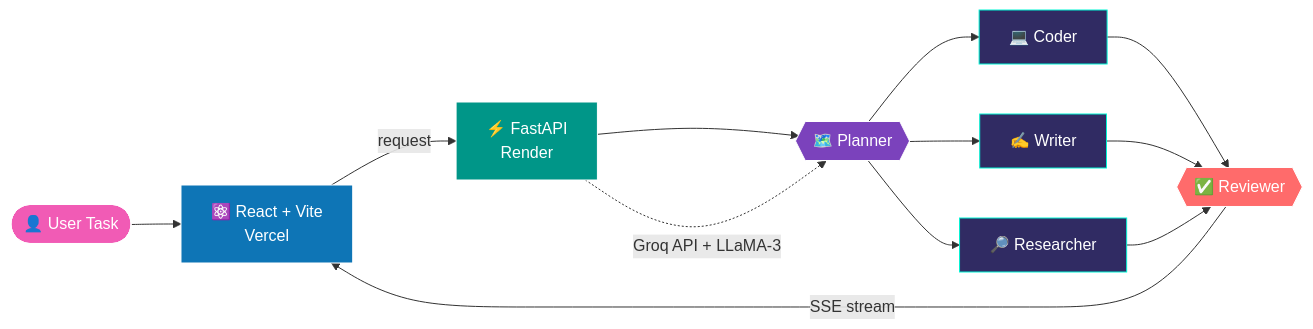
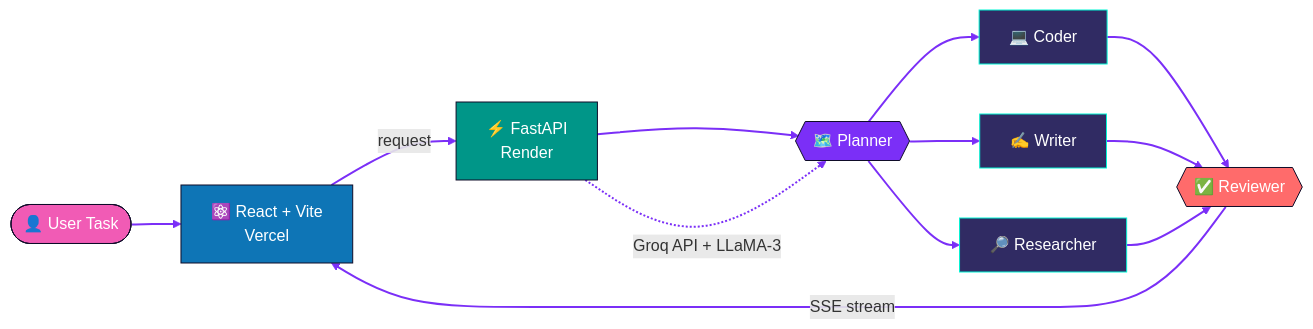
Before and after one commit to prasanth1218/prasanth1218: the first of 4 diagrams in README.md, drawn with Mermaid. The commit also changed other lines of this file, not shown here.

````diff
--- a/README.md
+++ b/README.md
@@ -66,23 +53,24 @@
 ```mermaid
 flowchart LR
     U([👤 User Task]) --> F[⚛️ React + Vite<br/>Vercel]
     F -->|request| B[⚡ FastAPI<br/>Render]
     B --> P{{🗺️ Planner}}
     P --> C[💻 Coder]
     P --> W[✍️ Writer]
     P --> R[🔎 Researcher]
     C --> V{{✅ Reviewer}}
     W --> V
     R --> V
     V -->|SSE stream| F
     B -.->|Groq API + LLaMA-3| P
 
-    style U fill:#F15BB5,stroke:#fff,color:#fff
-    style F fill:#0E75B6,stroke:#fff,color:#fff
-    style B fill:#009688,stroke:#fff,color:#fff
-    style P fill:#7B42BC,stroke:#fff,color:#fff
-    style V fill:#FF6B6B,stroke:#fff,color:#fff
+    style U fill:#F15BB5,stroke:#0F0C29,color:#fff
+    style F fill:#0E75B6,stroke:#0F0C29,color:#fff
+    style B fill:#009688,stroke:#0F0C29,color:#fff
+    style P fill:#7B2FF7,stroke:#0F0C29,color:#fff
+    style V fill:#FF6B6B,stroke:#0F0C29,color:#fff
     style C fill:#302B63,stroke:#00F5D4,color:#fff
     style W fill:#302B63,stroke:#00F5D4,color:#fff
     style R fill:#302B63,stroke:#00F5D4,color:#fff
+    linkStyle default stroke:#7B2FF7,stroke-width:2px
 ```
````
